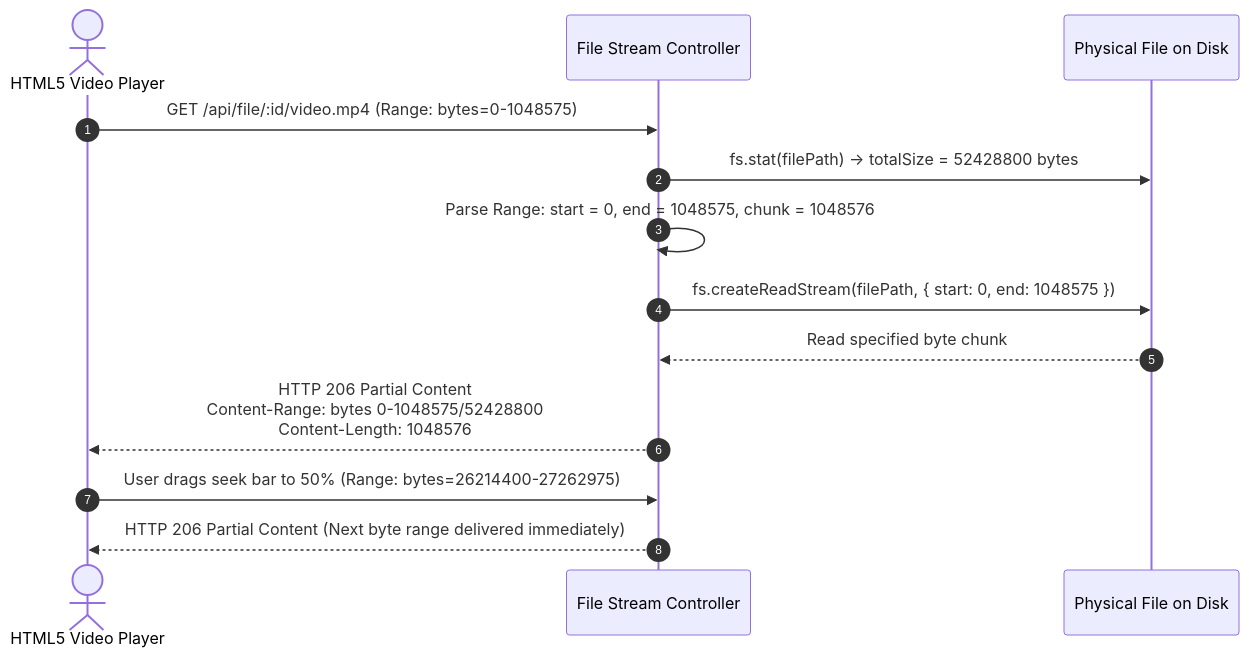
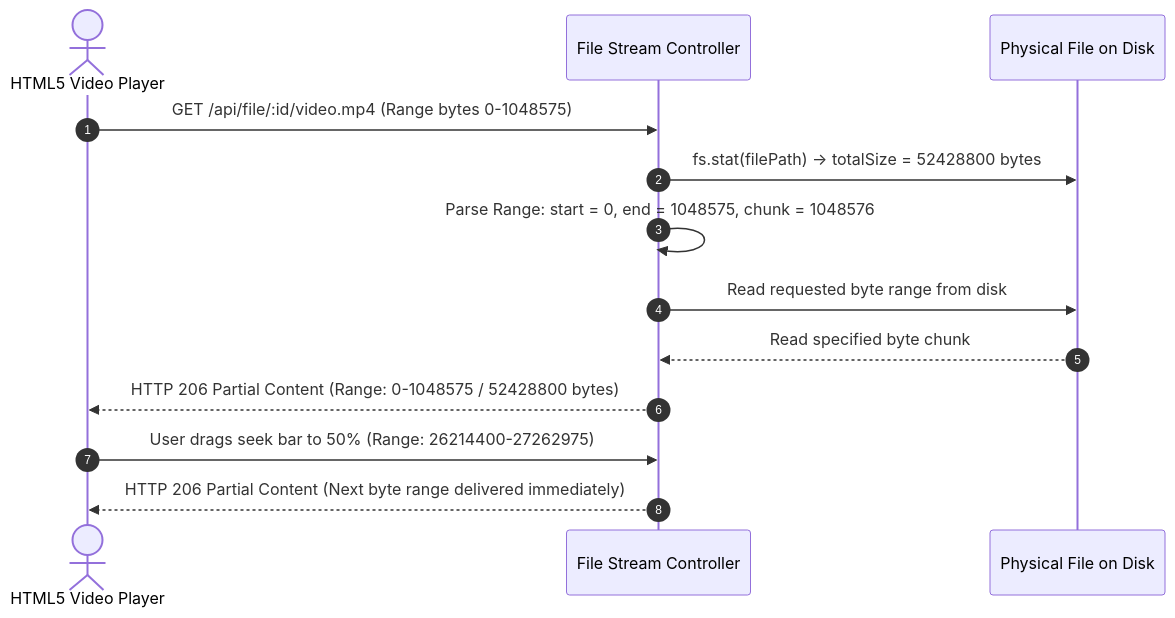
One commit to kunalrathore-cpp/MeghVault changed diagram 11 of 21 in README.md. Above: the diagram before and after it, drawn with Mermaid. The commit also changed other lines of this file, not shown here.

````diff
--- a/README.md
+++ b/README.md
@@ -490,16 +490,16 @@
 ```mermaid
 sequenceDiagram
     autonumber
     actor Player as HTML5 Video Player
     participant Server as File Stream Controller
     participant Disk as Physical File on Disk
 
-    Player->>Server: GET /api/file/:id/video.mp4 (Range: bytes=0-1048575)
+    Player->>Server: GET /api/file/:id/video.mp4 (Range bytes 0-1048575)
     Server->>Disk: fs.stat(filePath) -> totalSize = 52428800 bytes
     Server->>Server: Parse Range: start = 0, end = 1048575, chunk = 1048576
-    Server->>Disk: fs.createReadStream(filePath, { start: 0, end: 1048575 })
+    Server->>Disk: Read requested byte range from disk
     Disk-->>Server: Read specified byte chunk
-    Server-->>Player: HTTP 206 Partial Content<br/>Content-Range: bytes 0-1048575/52428800<br/>Content-Length: 1048576
-    Player->>Server: User drags seek bar to 50% (Range: bytes=26214400-27262975)
+    Server-->>Player: HTTP 206 Partial Content (Range: 0-1048575 / 52428800 bytes)
+    Player->>Server: User drags seek bar to 50% (Range: 26214400-27262975)
     Server-->>Player: HTTP 206 Partial Content (Next byte range delivered immediately)
 ```
````
